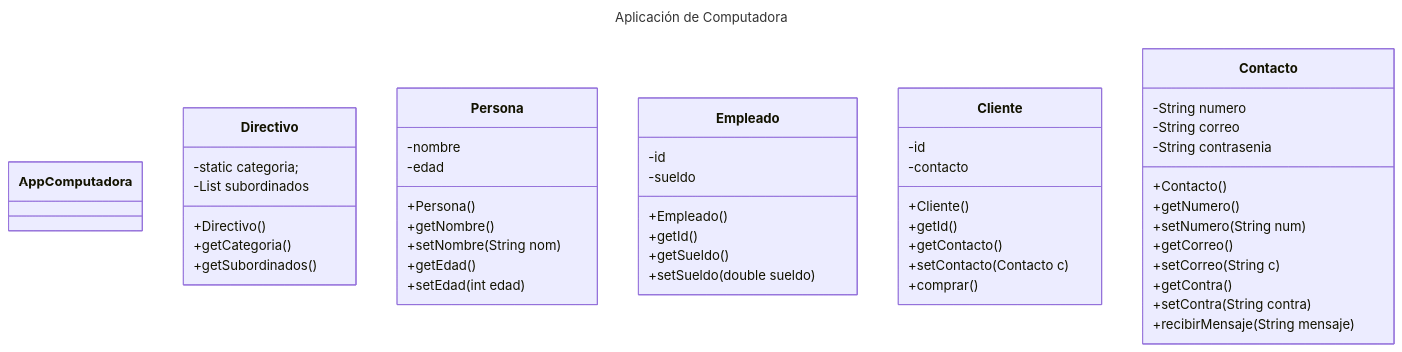
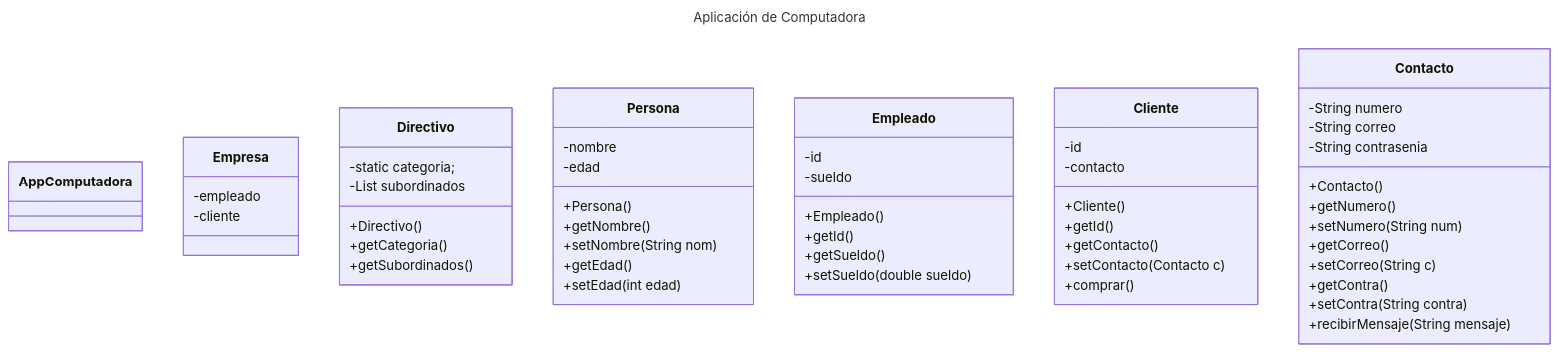
The diagram in README.md (mauryci2/Jaime-Felix-POO-Base), drawn with Mermaid before and after one commit.

Commit message:
cree la clase Empresa

````diff
--- a/README.md
+++ b/README.md
@@ -7,53 +7,57 @@
 ```mermaid
 ---
 title: Aplicación de Computadora
 ---
 classDiagram
       class AppComputadora
+      class Empresa{
+            -empleado
+            -cliente
+      }
       class Directivo{
             -static categoria;
             -List<Empleado> subordinados
             +Directivo()
             +getCategoria()
             +getSubordinados()
       }      
       class Persona{
             -nombre
             -edad
             +Persona()
             +getNombre()
             +setNombre(String nom)
             +getEdad()
             +setEdad(int edad)
       }
       class Empleado{
             -id
             -sueldo
              +Empleado()
             +getId()
             +getSueldo()
             +setSueldo(double sueldo)
       }
       class Cliente{
             -id
             -contacto
             +Cliente()
             +getId()
             +getContacto()
             +setContacto(Contacto c)
             +comprar()
       }
       class Contacto{
             -String numero
             -String correo
             -String contrasenia
             +Contacto()
             +getNumero()
             +setNumero(String num)
             +getCorreo()
             +setCorreo(String c)
             +getContra()
             +setContra(String contra)
             +recibirMensaje(String mensaje)
       }
 ```
````
